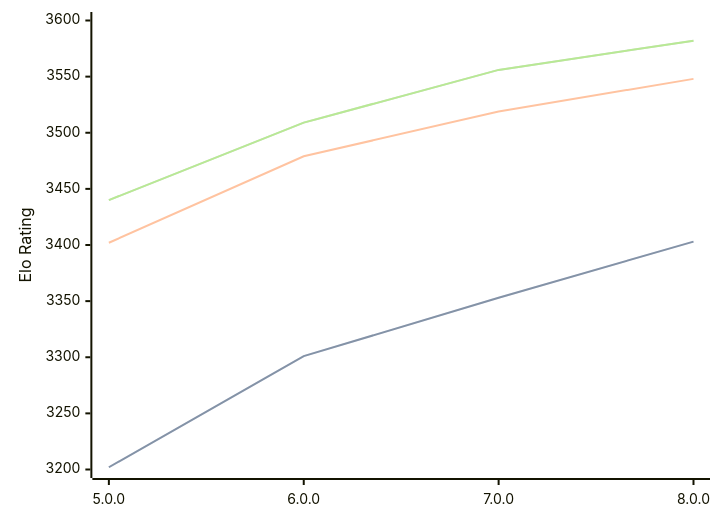
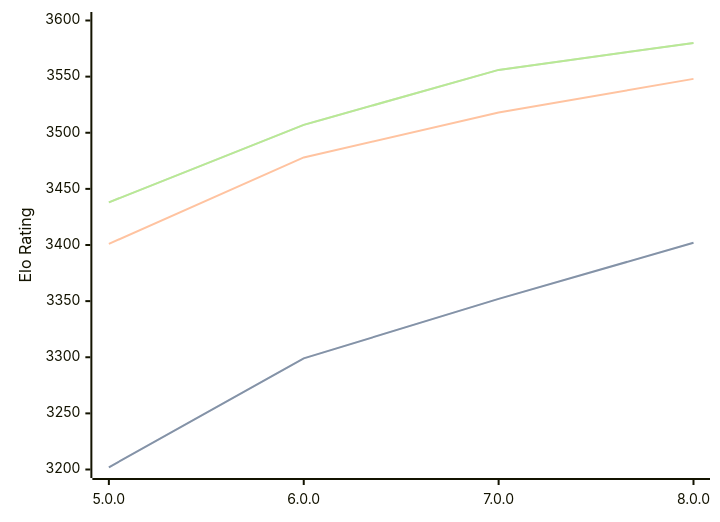
Before and after one commit to computer-chess-index/cci: the diagram in engines/Stormphrax.md, drawn with Mermaid. The commit also changed other lines of this file, not shown here.

Commit message:
Update CCI Ratings (ELO VLTC) - 2026-09-01

````diff
--- a/engines/Stormphrax.md
+++ b/engines/Stormphrax.md
@@ -34,11 +34,11 @@
 ```mermaid
 %%{init: {"theme":"base","themeVariables":{"seriesColors:['#a3a3a3','#222221','#faa371']}}}%%
 xychart-beta
   x-axis ["5.0.0", "6.0.0", "7.0.0", "8.0.0"]
   y-axis "Elo Rating" 3200 --> 3600
-  line "" [3202, 3301, 3353, 3403]
-  line "STC (8.0+0.08s)" [3202, 3301, 3353, 3403]
-  line "LTC (60.0+0.60s)" [3402, 3479, 3519, 3548]
-  line "" [3440, 3509, 3556, 3582]
-  line "VLTC (2m24s+1.12s)" [3440, 3509, 3556, 3582]
+  line "" [3202, 3299, 3352, 3402]
+  line "STC (8.0+0.08s)" [3202, 3299, 3352, 3402]
+  line "LTC (60.0+0.60s)" [3401, 3478, 3518, 3548]
+  line "" [3438, 3507, 3556, 3580]
+  line "VLTC (2m24s+1.12s)" [3438, 3507, 3556, 3580]
 ```
````
